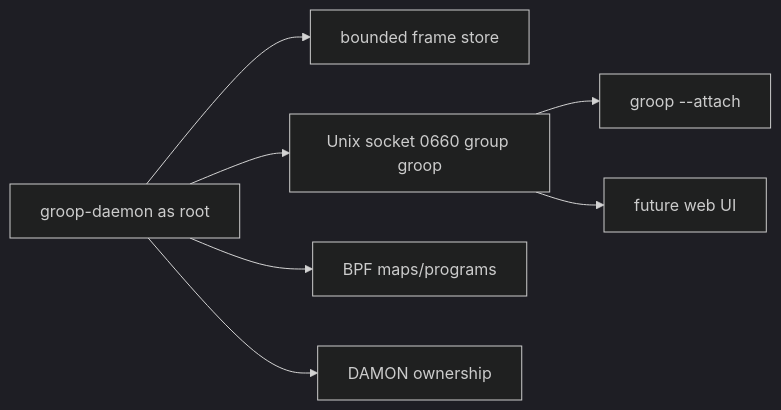
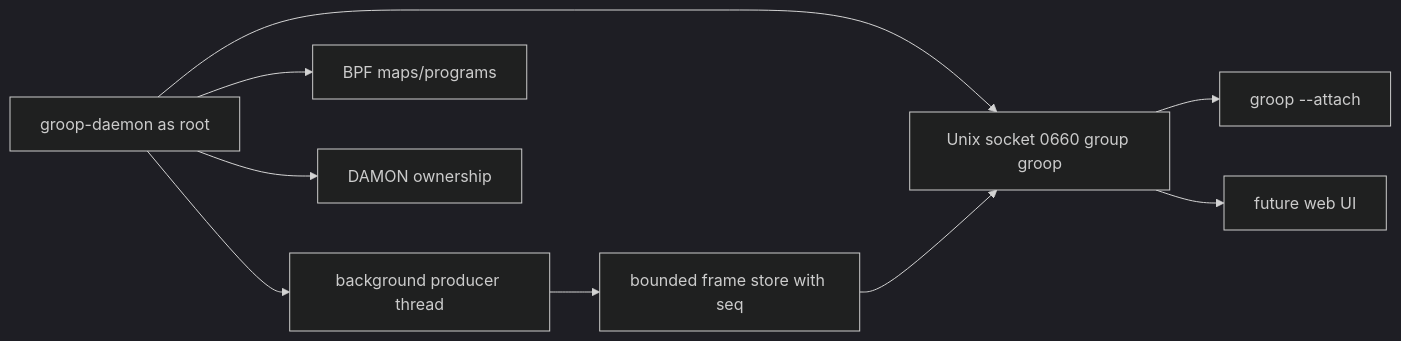
One commit to volkb79-2/vbpub changed the third of 3 diagrams in groop/docs/ARCHITECTURE.md. Above: the diagram before and after it, drawn with Mermaid (dark theme). The commit also changed other lines of this file and 10 other files, not shown here.

First line of the commit message:
feat(groop): P51 daemon-owned sampling fan-out

````diff
--- a/groop/docs/ARCHITECTURE.md
+++ b/groop/docs/ARCHITECTURE.md
@@ -114,9 +97,11 @@
 ```mermaid
 flowchart LR
-    RootDaemon[groop-daemon as root] --> Store[bounded frame store]
+    RootDaemon[groop-daemon as root] --> Producer[background producer thread]
+    Producer --> Store[bounded frame store with seq]
     RootDaemon --> Socket[Unix socket 0660 group groop]
+    Store --> Socket
     Socket --> TUI[groop --attach]
     Socket --> FutureWeb[future web UI]
     RootDaemon --> BPF[BPF maps/programs]
     RootDaemon --> DamonState[DAMON ownership]
 ```
````
